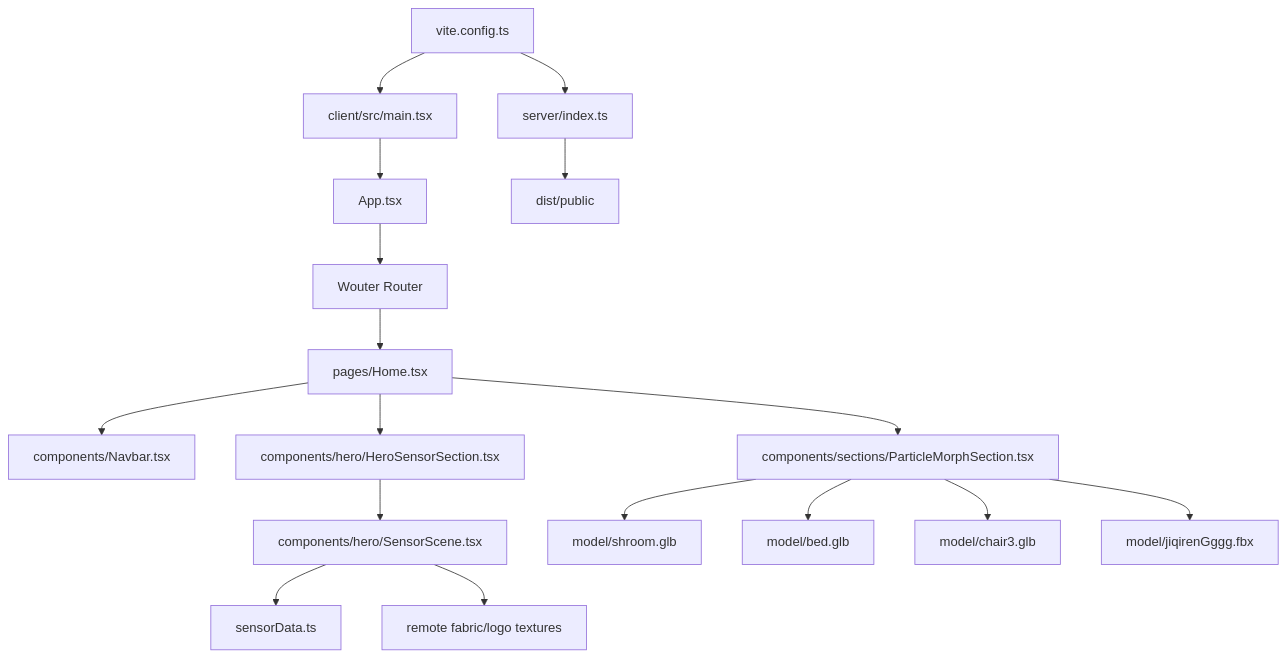
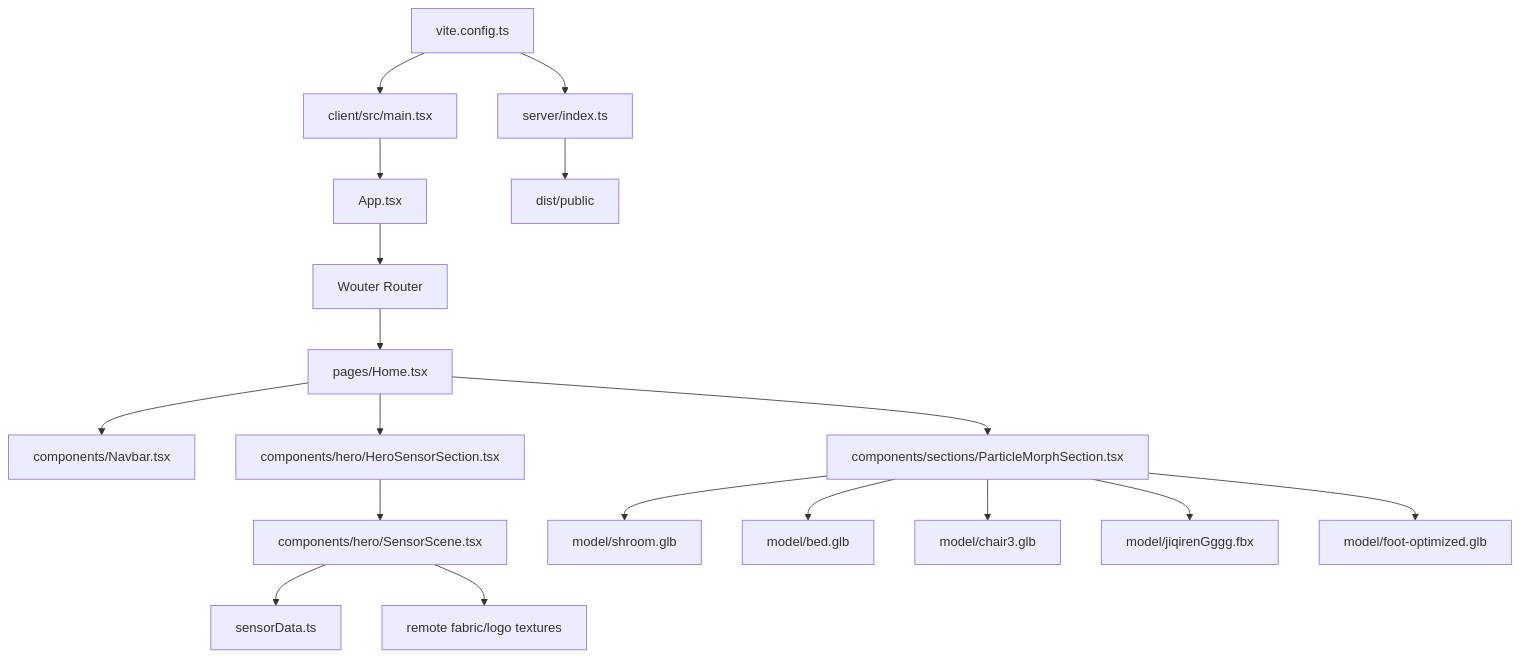
Before and after one commit to liudada118/shroomweb: the diagram in ARCHITECTURE.md, drawn with Mermaid. The commit also changed other lines of this file and 3 other files, not shown here.

````diff
--- a/ARCHITECTURE.md
+++ b/ARCHITECTURE.md
@@ -65,19 +65,20 @@
 ```mermaid
 graph TD
   A[client/src/main.tsx] --> B[App.tsx]
   B --> C[Wouter Router]
   C --> D[pages/Home.tsx]
   D --> E[components/Navbar.tsx]
   D --> F[components/hero/HeroSensorSection.tsx]
   D --> M[components/sections/ParticleMorphSection.tsx]
   F --> G[components/hero/SensorScene.tsx]
   G --> H[sensorData.ts]
   G --> I[remote fabric/logo textures]
   M --> N[model/shroom.glb]
   M --> O[model/bed.glb]
   M --> P[model/chair3.glb]
   M --> Q[model/jiqirenGggg.fbx]
+  M --> R[model/foot-optimized.glb]
   J[server/index.ts] --> K[dist/public]
   L[vite.config.ts] --> A
   L --> J
 ```
````
